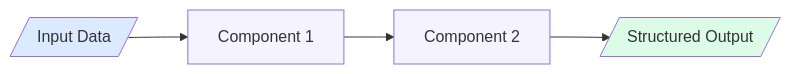
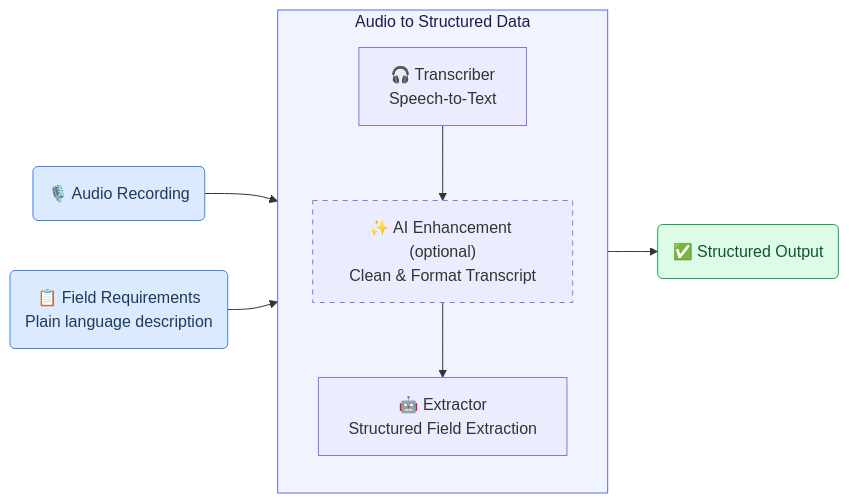
The first of 4 diagrams in .claude/skills/create-usecase-description/references/mermaid-guide.md (GAIK-project/gaik-toolkit), drawn with Mermaid before and after one commit. The commit also changed other lines of this file and 7 other files, not shown here.

````diff
--- a/.claude/skills/create-usecase-description/references/mermaid-guide.md
+++ b/.claude/skills/create-usecase-description/references/mermaid-guide.md
@@ -58,11 +77,21 @@
 ```mermaid
-graph LR
-  A[/"Input Data"/] --> B["Component 1"]
-  B --> C["Component 2"]
-  C --> D[/"Structured Output"/]
+flowchart LR
+    A("🎙️ Audio Recording") --> B
 
-  style A fill:#dbeafe
-  style B fill:#f5f3ff
-  style C fill:#f5f3ff
-  style D fill:#dcfce7
+    subgraph B["Audio to Structured Data"]
+        direction TB
+        T["🎧 Transcriber<br/>Speech-to-Text"]
+        E["✨ AI Enhancement (optional)<br/>Clean & Format Transcript"]
+        X["🤖 Extractor<br/>Structured Field Extraction"]
+        T --> E --> X
+    end
+
+    C("📋 Field Requirements<br/>Plain language description") --> B
+    B --> D("✅ Structured Output")
+
+    style A fill:#dbeafe,stroke:#3b82f6,color:#1e3a5f
+    style C fill:#dbeafe,stroke:#3b82f6,color:#1e3a5f
+    style D fill:#dcfce7,stroke:#16a34a,color:#14532d
+    style B fill:#f0f4ff,stroke:#6366f1,color:#1e1b4b
+    style E stroke-dasharray: 5 5
 ```
````
